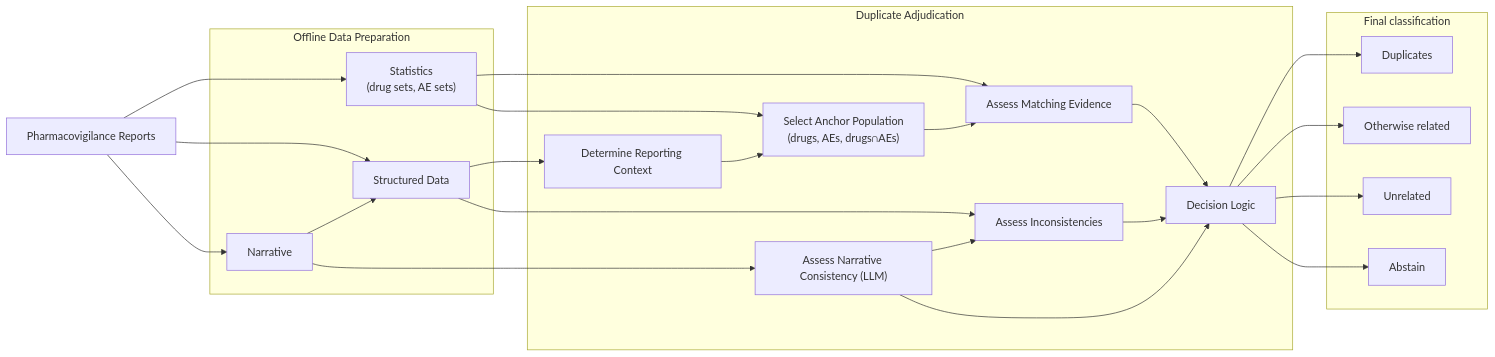
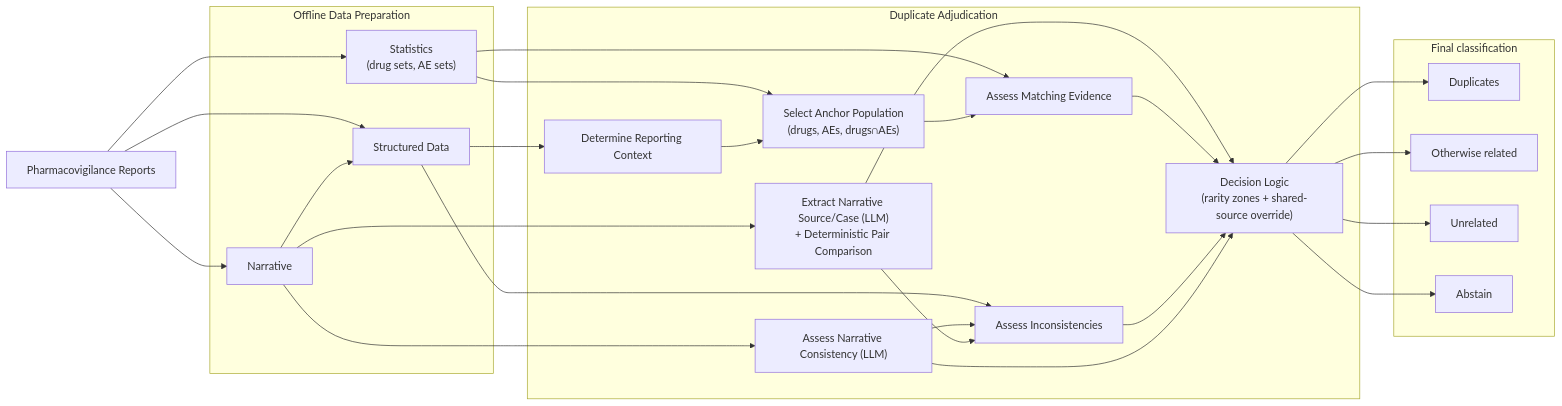
One commit to Uppsala-Monitoring-Centre/vigiTwin changed the diagram in docs/pipeline_overview.md. Above: the diagram before and after it, drawn with Mermaid. The commit also changed 18 other files, not shown here.

First line of the commit message:
Integrate narrative source/case verdict into classification

````diff
--- a/docs/pipeline_overview.md
+++ b/docs/pipeline_overview.md
@@ -36,53 +36,57 @@
 ```mermaid
 flowchart LR
 
 A["Pharmacovigilance Reports"]
 
 subgraph Data_Preparation["Offline Data Preparation"]
 B["Structured Data"]
 C["Narrative"]
 D["Statistics<br>(drug sets, AE sets)"]
 end
 
 subgraph Adjudication["Duplicate Adjudication"]
 E["Determine Reporting Context"]
 F["Select Anchor Population<br>(drugs, AEs, drugs∩AEs)"]
 H["Assess Matching Evidence"]
 I["Assess Inconsistencies"]
 J["Assess Narrative Consistency (LLM)"]
-K["Decision Logic"]
+S["Extract Narrative Source/Case (LLM)<br>+ Deterministic Pair Comparison"]
+K["Decision Logic<br>(rarity zones + shared-source override)"]
 end
 
 subgraph Output["Final classification"]
 M["Duplicates"]
 N["Otherwise related"]
 O["Unrelated"]
 P["Abstain"]
 end
 
 
 A --> B
 A --> C
 A --> D
 
 B --> E
 B --> I
 C --> B
 C --> J
+C --> S
 D --> F
 D --> H
 
 E --> F
 F --> H
 J --> I
+S --> I
+S --> K
 
 
 H --> K
 I --> K
 J --> K
 
 K --> M
 K --> N
 K --> O
 K --> P
 ```
````
